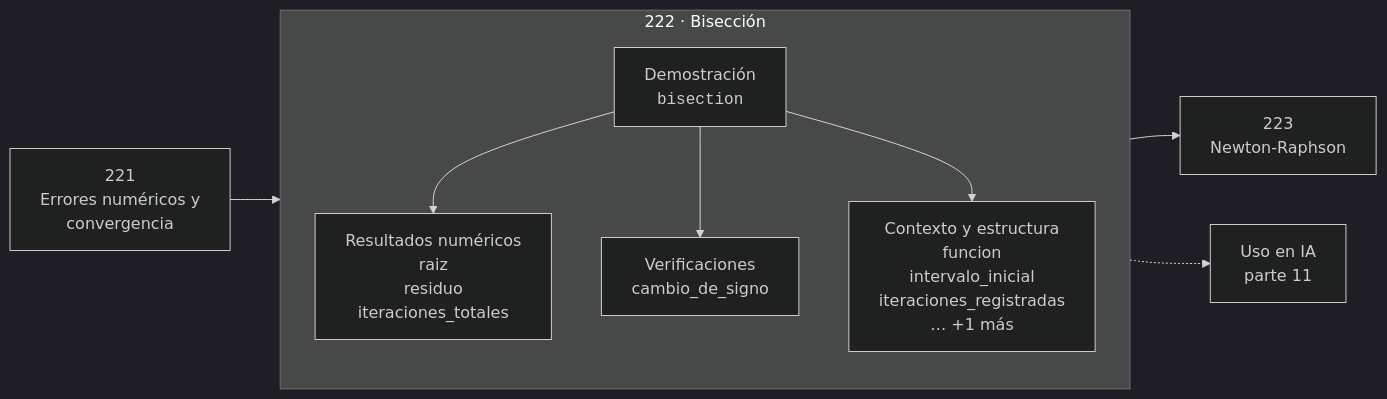
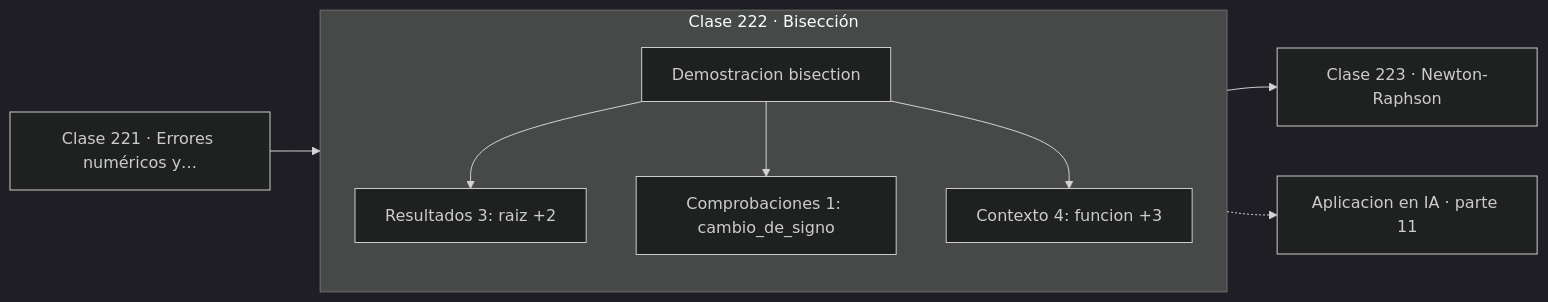
The diagram in classes/part-11-metodos-numericos-y-computacion-cientifica/222-biseccion/README.md (vladimiracunadev-create/computational-mathematics-program), drawn with Mermaid (dark theme) before and after one commit. The commit also changed 389 other files, not shown here.

First line of the commit message:
fix(diagramas): elimina el HTML de las etiquetas Mermaid

````diff
--- a/classes/part-11-metodos-numericos-y-computacion-cientifica/222-biseccion/README.md
+++ b/classes/part-11-metodos-numericos-y-computacion-cientifica/222-biseccion/README.md
@@ -30,12 +30,13 @@
 ```mermaid
 flowchart LR
-    P["221<br/>Errores numéricos y<br/>convergencia"] --> C
-    subgraph C["222 · Bisección"]
+    P["Clase 221 · Errores numéricos y…"] --> D
+    subgraph CLASE["Clase 222 · Bisección"]
         direction TB
-        D["Demostración<br/><code>bisection</code>"] --> R["Resultados numéricos<br/>raiz<br/>residuo<br/>iteraciones_totales"]
-        D --> V["Verificaciones<br/>cambio_de_signo"]
-        D --> O["Contexto y estructura<br/>funcion<br/>intervalo_inicial<br/>iteraciones_registradas<br/>… +1 más"]
+        D["Demostracion bisection"]
+        D --> R["Resultados 3: raiz +2"]
+        D --> V["Comprobaciones 1: cambio_de_signo"]
+        D --> O["Contexto 4: funcion +3"]
     end
-    C --> N["223<br/>Newton-Raphson"]
-    C -.-> IA["Uso en IA<br/>parte 11"]
+    R --> N["Clase 223 · Newton-Raphson"]
+    V -.-> IA["Aplicacion en IA · parte 11"]
 ```
````
